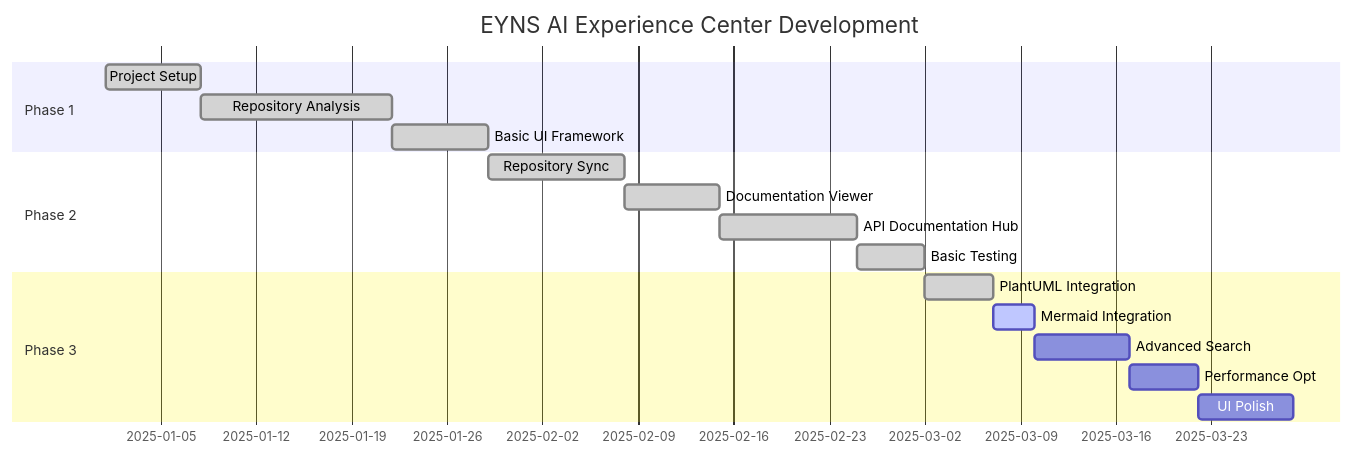
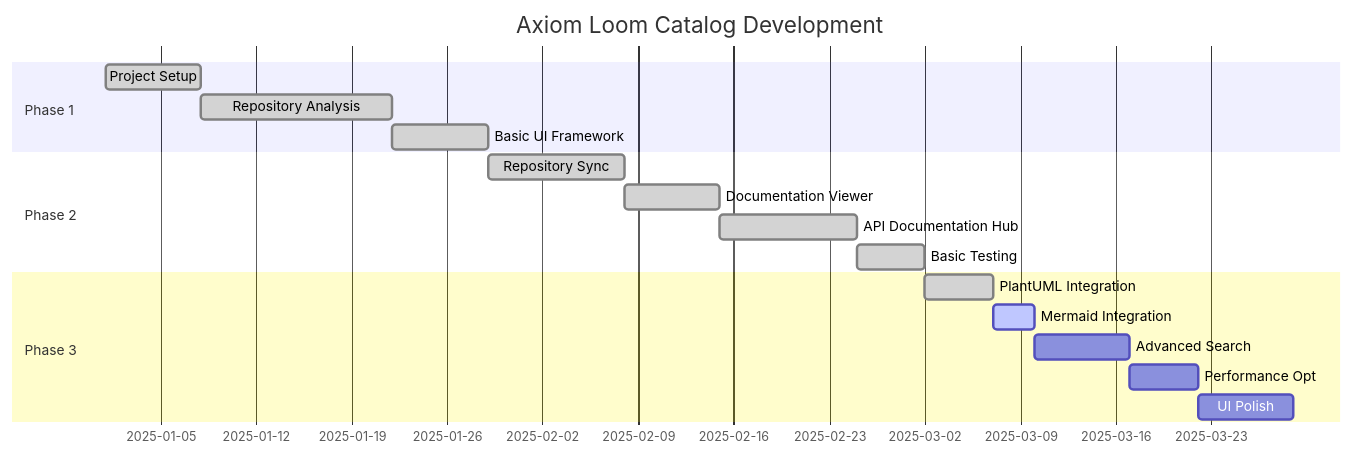
The sixth of 10 diagrams in docs/MERMAID_EXAMPLES.md (jamesenki/Axiom-Loom-Catalog), drawn with Mermaid before and after one commit. The commit also changed other lines of this file and 88 other files, not shown here.

````diff
--- a/docs/MERMAID_EXAMPLES.md
+++ b/docs/MERMAID_EXAMPLES.md
@@ -126,22 +126,22 @@
 ```mermaid
 gantt
-    title EYNS AI Experience Center Development
+    title Axiom Loom Catalog Development
     dateFormat YYYY-MM-DD
     section Phase 1
     Project Setup           :done,    p1, 2025-01-01, 7d
     Repository Analysis     :done,    p2, after p1, 14d
     Basic UI Framework      :done,    p3, after p2, 7d
     
     section Phase 2
     Repository Sync         :done,    p4, after p3, 10d
     Documentation Viewer    :done,    p5, after p4, 7d
     API Documentation Hub   :done,    p6, after p5, 10d
     Basic Testing          :done,    p7, after p6, 5d
     
     section Phase 3
     PlantUML Integration    :done,    p8, after p7, 5d
     Mermaid Integration     :active,  p9, after p8, 3d
     Advanced Search         :         p10, after p9, 7d
     Performance Opt         :         p11, after p10, 5d
     UI Polish              :         p12, after p11, 7d
 ```
````
